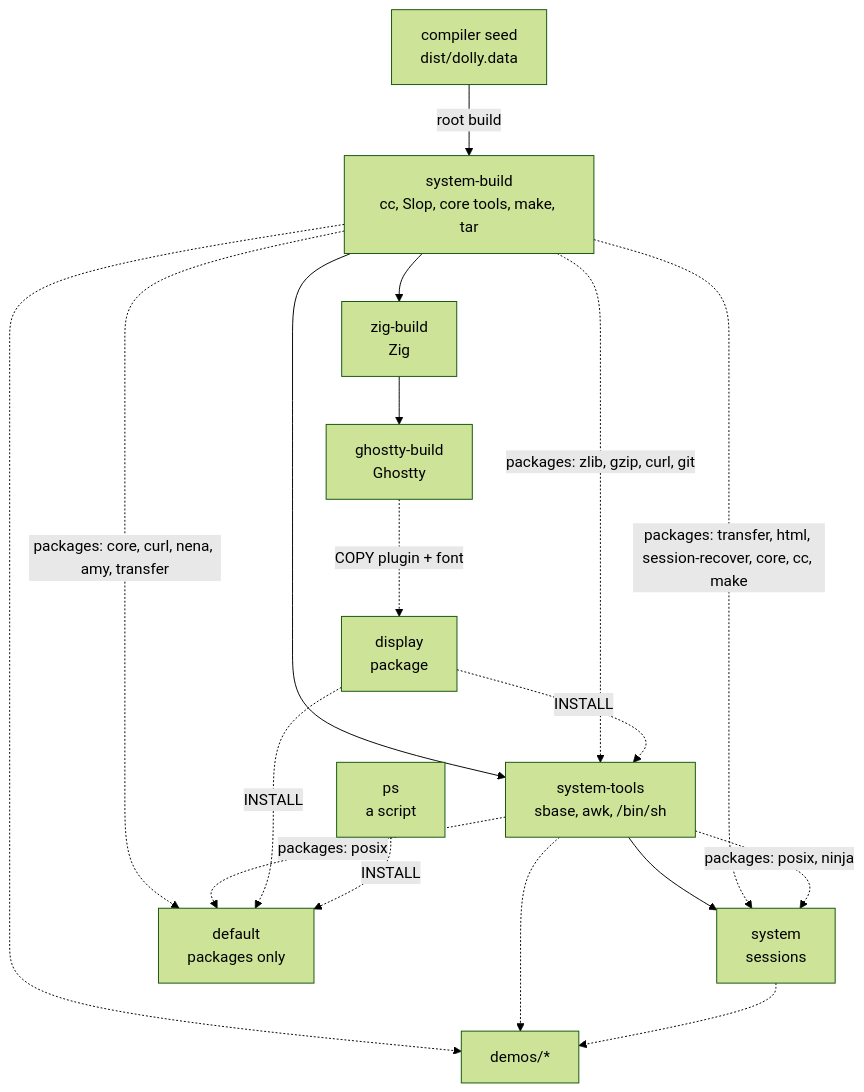
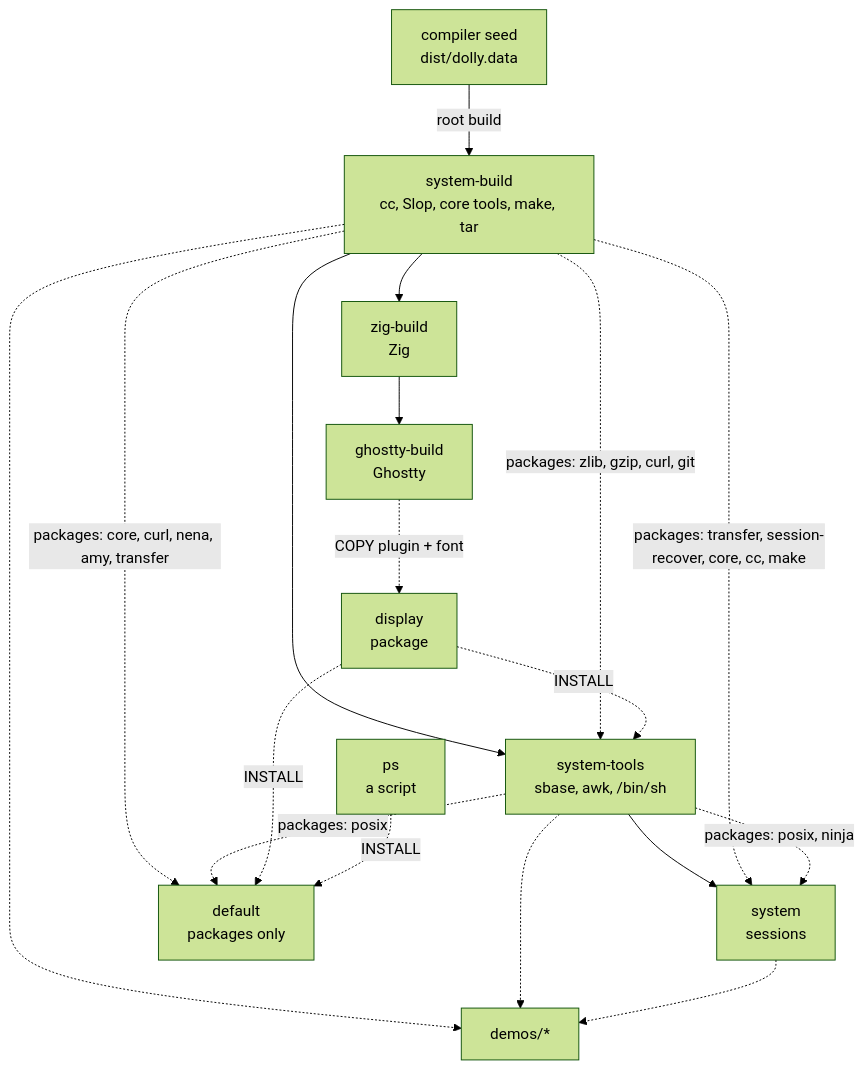
The third of 3 diagrams in docs/architecture.md (daugasauron/dolly), drawn with Mermaid (forest theme) before and after one commit. The commit also changed other lines of this file and 19 other files, not shown here.

````diff
--- a/docs/architecture.md
+++ b/docs/architecture.md
@@ -120,21 +120,21 @@
 ```mermaid
 flowchart TD
   seed["compiler seed<br/>dist/dolly.data"] -- "root build" --> sb["system-build<br/>cc, Slop, core tools, make, tar"]
   sb --> zb["zig-build<br/>Zig"]
   zb --> gb["ghostty-build<br/>Ghostty"]
   gb -. "COPY plugin + font" .-> disp["display<br/>package"]
   sb --> st["system-tools<br/>sbase, awk, /bin/sh"]
   sb -. "packages: zlib, gzip, curl, git" .-> st
   disp -. "INSTALL" .-> st
   st --> sys["system<br/>sessions"]
-  sb -. "packages: transfer, html, session-recover, core, cc, make" .-> sys
+  sb -. "packages: transfer, session-recover, core, cc, make" .-> sys
   st -. "packages: posix, ninja" .-> sys
   sb -. "packages: core, curl, nena, amy, transfer" .-> def["default<br/>packages only"]
   st -. "packages: posix" .-> def
   disp -. "INSTALL" .-> def
   ps["ps<br/>a script"] -. "INSTALL" .-> def
   demos["demos/*"]
   sb -.-> demos
   st -.-> demos
   sys -.-> demos
 ```
````
